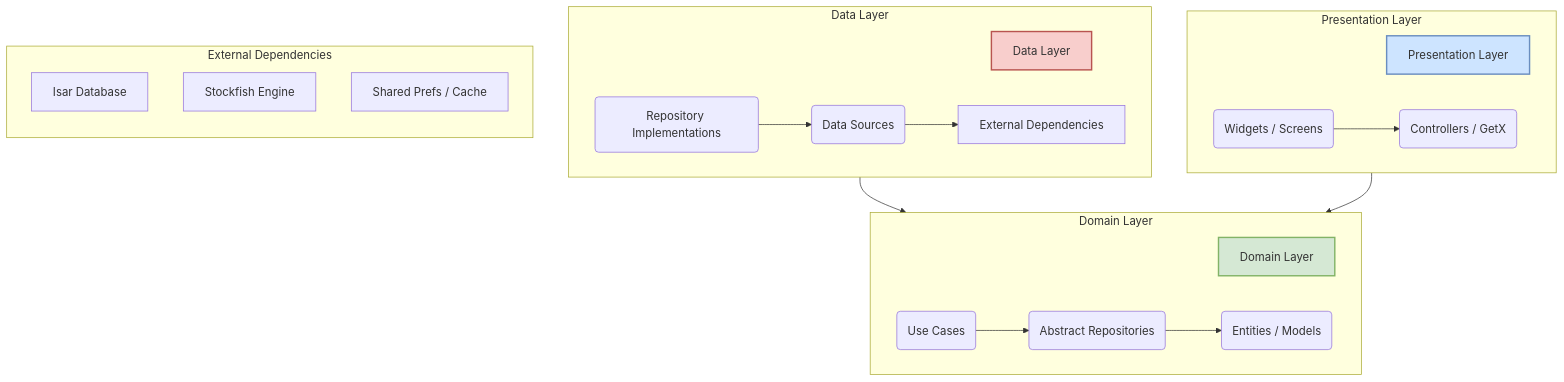
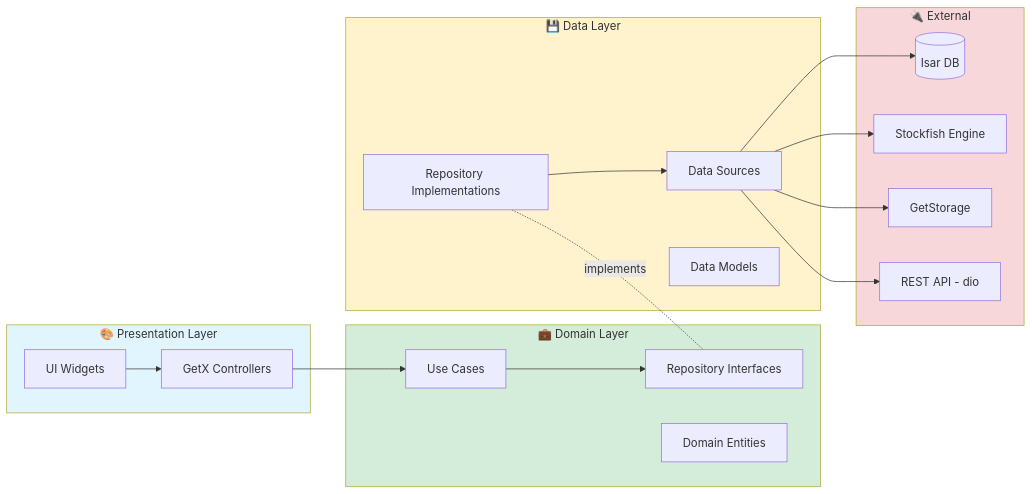
The diagram in GEMINI.md (RiyadhAlkhaldy/chessground_game_app), drawn with Mermaid before and after one commit. The commit also changed other lines of this file, not shown here.

Commit message:
docs: Expand `GEMINI.md` with a comprehensive technology stack, granular Clean Architecture directory structure, detailed project status, and updated dependency injection from GetIt to Get.

````diff
--- a/GEMINI.md
+++ b/GEMINI.md
@@ -67,37 +129,41 @@
 ```mermaid
-graph TD
-    A[Presentation Layer] --> B[Domain Layer];
-    C[Data Layer] --> B;
-
-    subgraph Presentation Layer
-        A
-        direction LR
-        A1(Widgets / Screens) --> A2(Controllers / GetX);
+graph LR
+    subgraph Presentation["🎨 Presentation Layer"]
+        UI[UI Widgets]
+        Controllers[GetX Controllers]
     end
-
-    subgraph Domain Layer
-        B
-        direction LR
-        B1(Use Cases) --> B2(Abstract Repositories);
-        B2 --> B3(Entities / Models);
+    
+    subgraph Domain["💼 Domain Layer"]
+        UseCases[Use Cases]
+        Repositories[Repository Interfaces]
+        Entities[Domain Entities]
     end
-
-    subgraph Data Layer
-        C
-        direction LR
-        C1(Repository Implementations) --> C2(Data Sources);
-        C2 --> C3[External Dependencies];
+    
+    subgraph Data["💾 Data Layer"]
+        RepositoriesImpl[Repository Implementations]
+        DataSources[Data Sources]
+        Models[Data Models]
     end
-
-    subgraph External Dependencies
-        C3
-        direction TB
-        C3_1[Isar Database]
-        C3_2[Stockfish Engine]
-        C3_3[Shared Prefs / Cache]
+    
+    subgraph External["🔌 External"]
+        Isar[(Isar DB)]
+        Stockfish[Stockfish Engine]
+        Cache[GetStorage]
+        API[REST API - dio]
     end
-
-    style A fill:#cde4ff,stroke:#6a8ebf,stroke-width:2px
-    style B fill:#d5e8d4,stroke:#82b366,stroke-width:2px
-    style C fill:#f8cecc,stroke:#b85450,stroke-width:2px
+    
+    UI --> Controllers
+    Controllers --> UseCases
+    UseCases --> Repositories
+    RepositoriesImpl -.implements.- Repositories
+    RepositoriesImpl --> DataSources
+    DataSources --> Isar
+    DataSources --> Stockfish
+    DataSources --> Cache
+    DataSources --> API
+    
+    style Presentation fill:#e1f5ff
+    style Domain fill:#d4edda
+    style Data fill:#fff3cd
+    style External fill:#f8d7da
 ```
````
